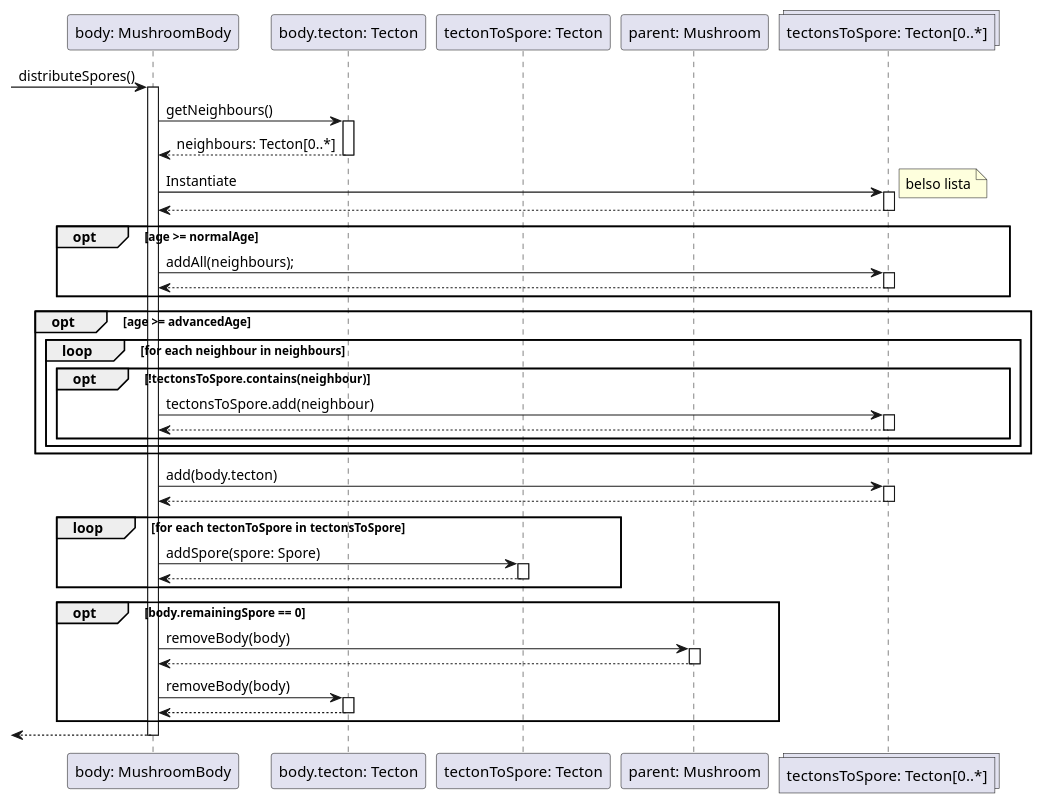
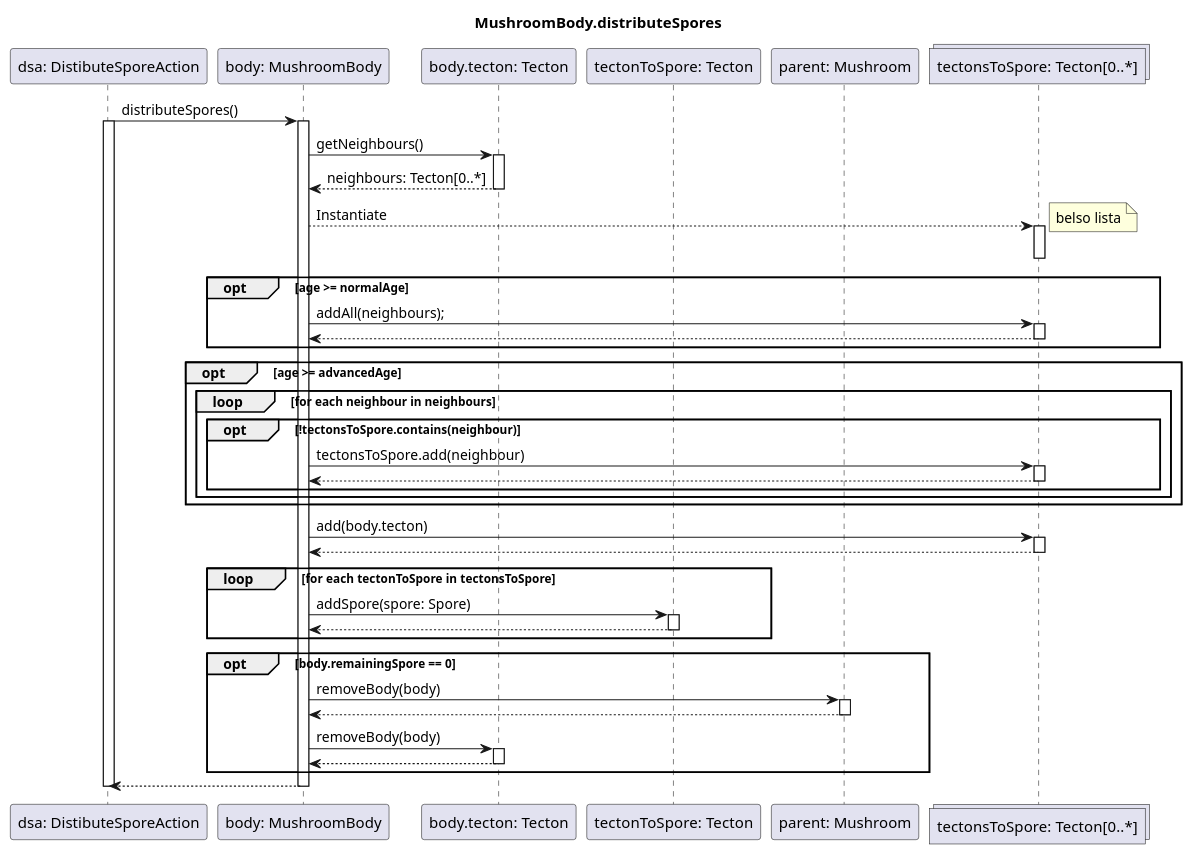
The diagram in diagrams/sequence/mushroom/mushroom_body/distributeSpore.wsd (dzsem/projlab), drawn with PlantUML before and after one commit.

Commit message:
mushroom/mushroomBody/distrinuteSpore fixed

```diff
--- a/diagrams/sequence/mushroom/mushroom_body/distributeSpore.wsd
+++ b/diagrams/sequence/mushroom/mushroom_body/distributeSpore.wsd
@@ -1,68 +1,72 @@
 @startuml DistributeSpore
+title MushroomBody.distributeSpores
+
+participant "dsa: DistibuteSporeAction" as dsa
 participant "body: MushroomBody" as body
 participant "body.tecton: Tecton" as tecton
 participant "tectonToSpore: Tecton" as tectonToSpore
 participant "parent: Mushroom" as parent
 collections "tectonsToSpore: Tecton[0..*]" as tectons 
 
--> body : distributeSpores()
+dsa -> body : distributeSpores()
+activate dsa
 activate body
 
 body -> tecton : getNeighbours()
 
 activate tecton
 tecton --> body : neighbours: Tecton[0..*]
 deactivate tecton
 
-body -> tectons: Instantiate
+body --> tectons: Instantiate
 note right: belso lista
 activate tectons
-tectons --> body
 deactivate tectons
 
     opt age >= normalAge
         body -> tectons: addAll(neighbours);
         activate tectons
         tectons --> body
         deactivate tectons
     end 
 
     opt age >= advancedAge
         loop for each neighbour in neighbours
             opt !tectonsToSpore.contains(neighbour)
                 body -> tectons: tectonsToSpore.add(neighbour)
                 activate tectons
                 tectons --> body
                 deactivate tectons
             end
         end
     end
 
     body -> tectons: add(body.tecton)
     activate tectons
     tectons --> body
     deactivate tectons
 
     loop for each tectonToSpore in tectonsToSpore
         body -> tectonToSpore : addSpore(spore: Spore)
         activate tectonToSpore
         tectonToSpore --> body 
         deactivate tectonToSpore
 
     end
 
     opt body.remainingSpore == 0
         body -> parent : removeBody(body)
         activate parent
         parent --> body
         deactivate parent
         body -> tecton : removeBody(body)
         activate tecton
         tecton --> body
         deactivate tecton
     end
 
-<-- body
+dsa <-- body
 deactivate body
+deactivate dsa
 
 @enduml
```
